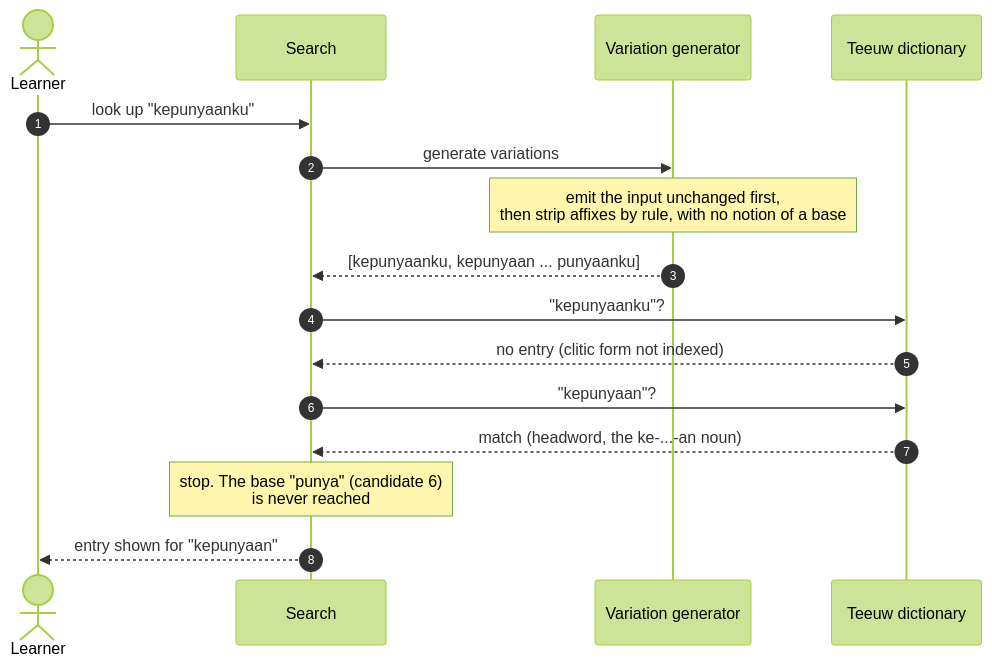
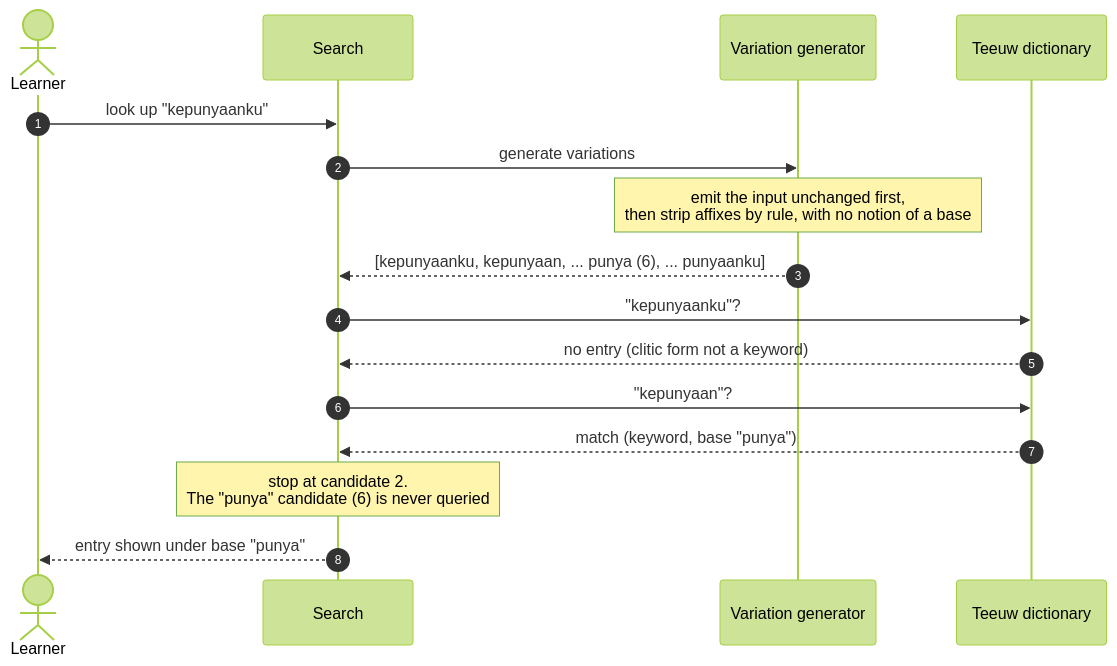
Before and after one commit to remarcmij/taalwiz-mono: the second of 2 diagrams in apps/docs/docs/guide/how-search-works.md, drawn with Mermaid (forest theme). The commit also changed other lines of this file and 2 other files, not shown here.

````diff
--- a/apps/docs/docs/guide/how-search-works.md
+++ b/apps/docs/docs/guide/how-search-works.md
@@ -142,19 +203,19 @@
 ```mermaid
 sequenceDiagram
     autonumber
     actor U as Learner
     participant S as Search
     participant G as Variation generator
     participant D as Teeuw dictionary
 
     U->>S: look up "kepunyaanku"
     S->>G: generate variations
     Note over G: emit the input unchanged first,<br/>then strip affixes by rule, with no notion of a base
-    G-->>S: [kepunyaanku, kepunyaan ... punyaanku]
+    G-->>S: [kepunyaanku, kepunyaan, ... punya (6), ... punyaanku]
     S->>D: "kepunyaanku"?
-    D-->>S: no entry (clitic form not indexed)
+    D-->>S: no entry (clitic form not a keyword)
     S->>D: "kepunyaan"?
-    D-->>S: match (headword, the ke-...-an noun)
-    Note over S: stop. The base "punya" (candidate 6)<br/>is never reached
-    S-->>U: entry shown for "kepunyaan"
+    D-->>S: match (keyword, base "punya")
+    Note over S: stop at candidate 2.<br/>The "punya" candidate (6) is never queried
+    S-->>U: entry shown under base "punya"
 ```
````
